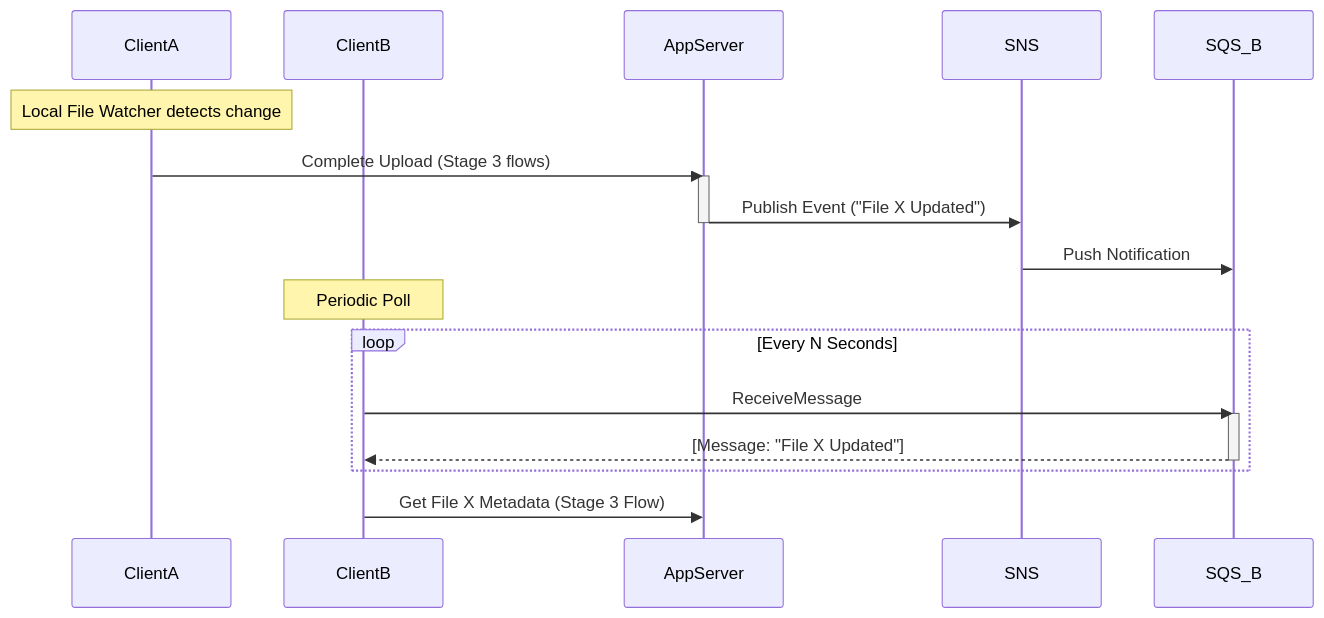
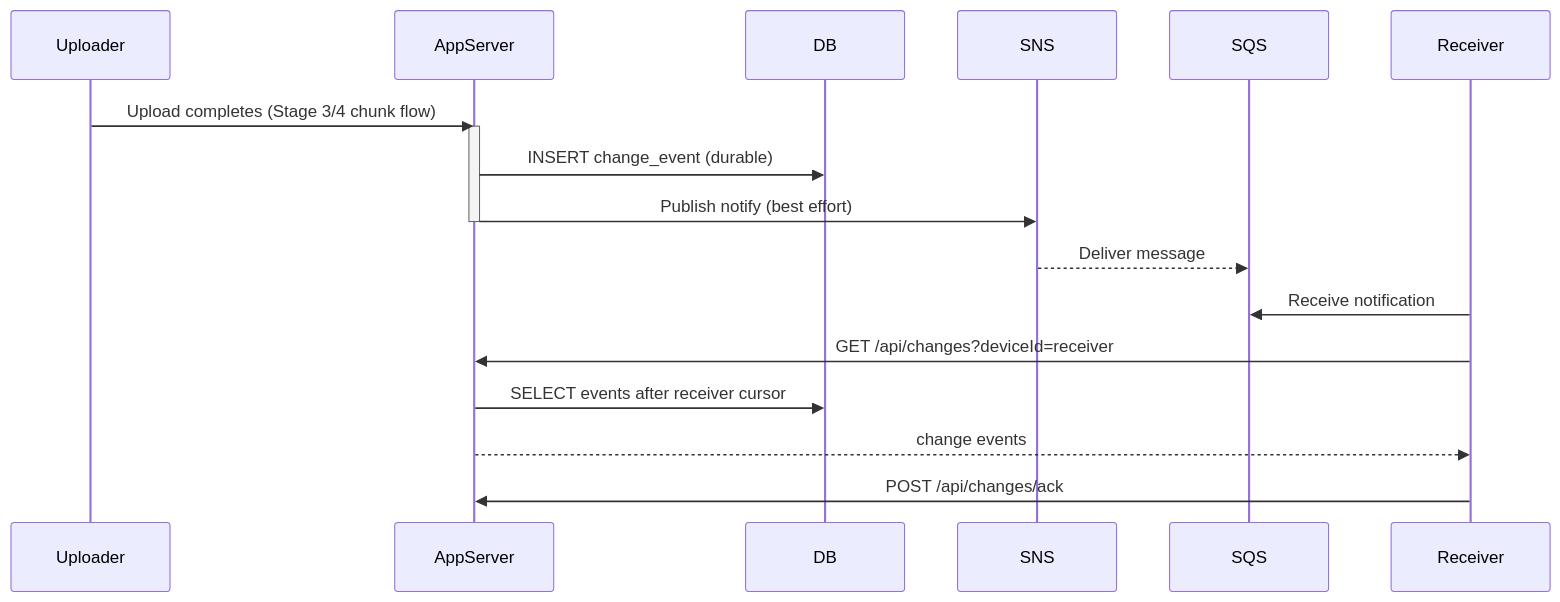
Before and after one commit to ShalomDeitch1/examples: diagram 12 of 12 in dropbox/README.md, drawn with Mermaid. The commit also changed other lines of this file and 35 other files, not shown here.

````diff
--- a/dropbox/README.md
+++ b/dropbox/README.md
@@ -346,26 +376,23 @@
 ```mermaid
 sequenceDiagram
-    participant ClientA
-    participant ClientB
+    participant Uploader
     participant AppServer
+    participant DB
     participant SNS
-    participant SQS_B
+    participant SQS
+    participant Receiver
 
-    Note over ClientA: Local File Watcher detects change
-    ClientA->>AppServer: Complete Upload (Stage 3 flows)
+    Uploader->>AppServer: Upload completes (Stage 3/4 chunk flow)
     activate AppServer
-    AppServer->>SNS: Publish Event ("File X Updated")
+    AppServer->>DB: INSERT change_event (durable)
+    AppServer->>SNS: Publish notify (best effort)
     deactivate AppServer
-    
-    SNS->>SQS_B: Push Notification
-    
-    Note over ClientB: Periodic Poll
-    loop Every N Seconds
-        ClientB->>SQS_B: ReceiveMessage
-        activate SQS_B
-        SQS_B-->>ClientB: [Message: "File X Updated"]
-        deactivate SQS_B
-    end
-    
-    ClientB->>AppServer: Get File X Metadata (Stage 3 Flow)
+
+    SNS-->>SQS: Deliver message
+
+    Receiver->>SQS: Receive notification
+    Receiver->>AppServer: GET /api/changes?deviceId=receiver
+    AppServer->>DB: SELECT events after receiver cursor
+    AppServer-->>Receiver: change events
+    Receiver->>AppServer: POST /api/changes/ack
 ```
````
